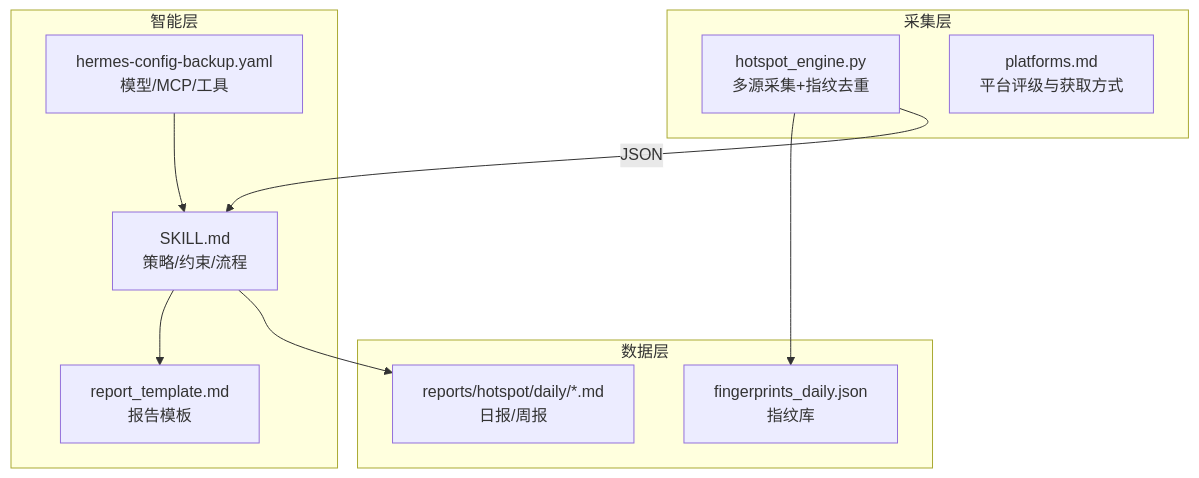
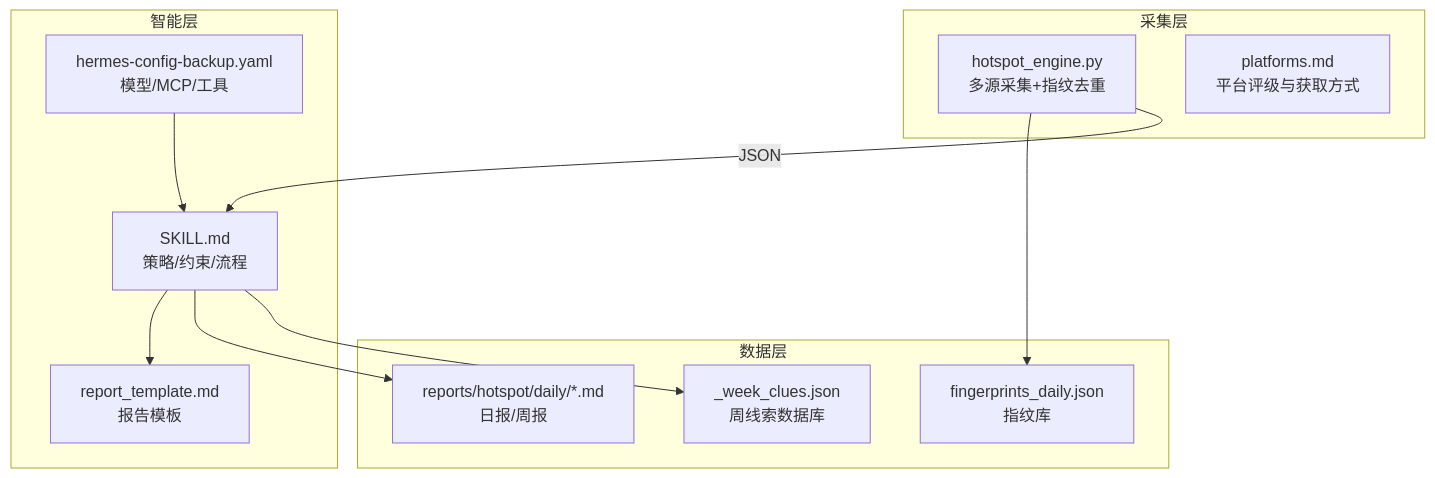
The first of 4 diagrams in .qoder/repowiki/zh/content/核心技能详解/Qoder Agent 每日热点报告系统.md (John198912/hermes_workspace), drawn with Mermaid before and after one commit. The commit also changed other lines of this file and 3 other files, not shown here.

````diff
--- a/.qoder/repowiki/zh/content/核心技能详解/Qoder Agent 每日热点报告系统.md
+++ b/.qoder/repowiki/zh/content/核心技能详解/Qoder Agent 每日热点报告系统.md
@@ -36,21 +45,23 @@
 ```mermaid
 graph TB
 subgraph "采集层"
 E["hotspot_engine.py<br/>多源采集+指纹去重"]
 P["platforms.md<br/>平台评级与获取方式"]
 end
 subgraph "智能层"
 S["SKILL.md<br/>策略/约束/流程"]
 T["report_template.md<br/>报告模板"]
 C["hermes-config-backup.yaml<br/>模型/MCP/工具"]
 end
 subgraph "数据层"
 F["fingerprints_daily.json<br/>指纹库"]
 R["reports/hotspot/daily/*.md<br/>日报/周报"]
+W["_week_clues.json<br/>周线索数据库"]
 end
 E --> F
 E --> |"JSON"| S
 S --> T
 C --> S
 S --> R
+S --> W
 ```
````
